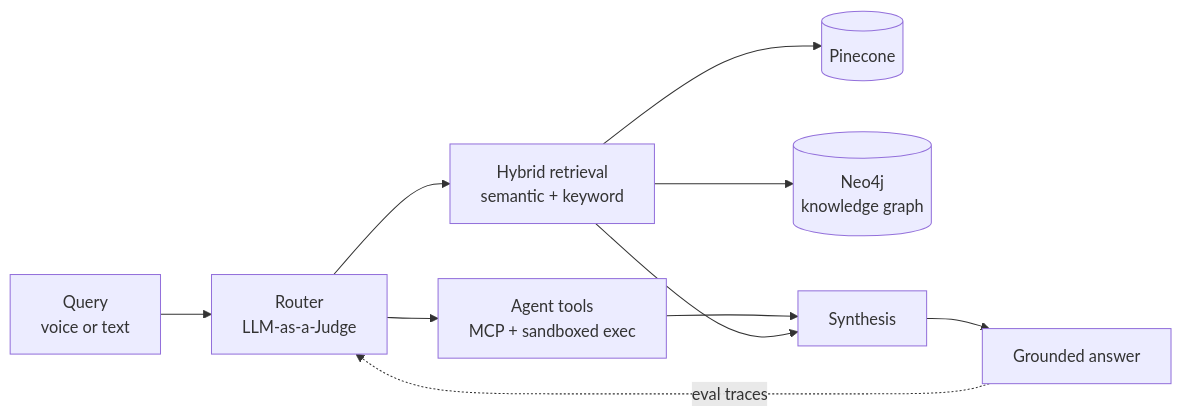
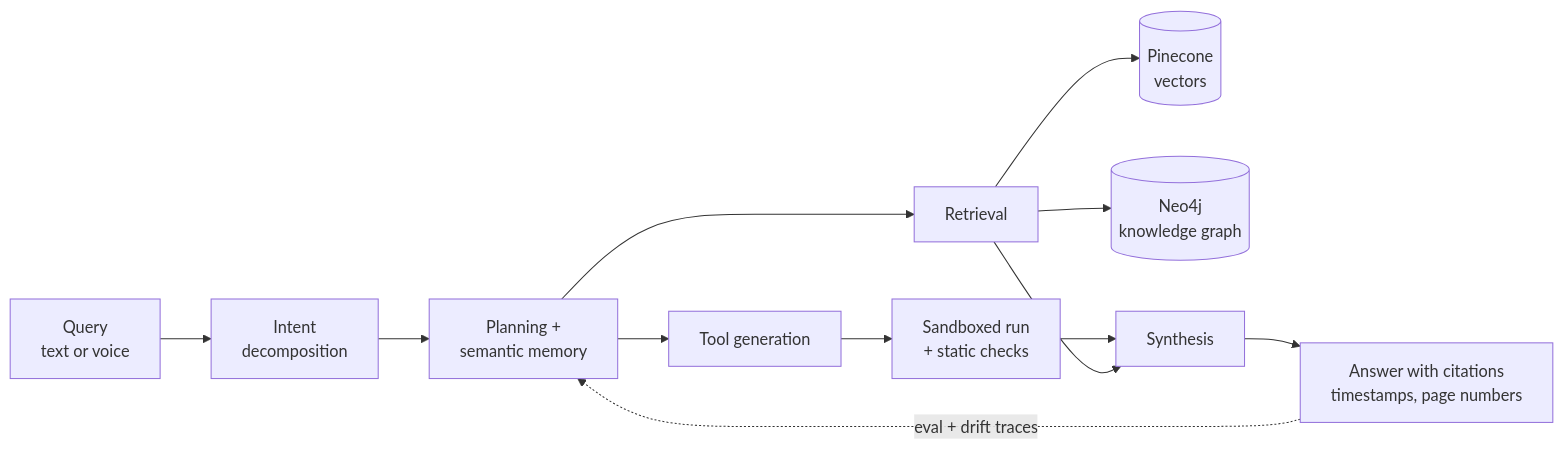
Before and after one commit to adlard07/adlard07: the diagram in README.md, drawn with Mermaid. The commit also changed other lines of this file, not shown here.

````diff
--- a/README.md
+++ b/README.md
@@ -47,12 +38,14 @@
 ```mermaid
 flowchart LR
-    Q[Query<br/>voice or text] --> R[Router<br/>LLM-as-a-Judge]
-    R --> T[Agent tools<br/>MCP + sandboxed exec]
-    R --> V[Hybrid retrieval<br/>semantic + keyword]
-    V --> P[(Pinecone)]
-    V --> N[(Neo4j<br/>knowledge graph)]
-    T --> S[Synthesis]
-    V --> S
-    S --> O[Grounded answer]
-    O -.eval traces.-> R
+    Q[Query<br/>text or voice] --> I[Intent<br/>decomposition]
+    I --> P[Planning +<br/>semantic memory]
+    P --> T[Tool generation]
+    T --> X[Sandboxed run<br/>+ static checks]
+    P --> R[Retrieval]
+    R --> PC[(Pinecone<br/>vectors)]
+    R --> N[(Neo4j<br/>knowledge graph)]
+    X --> S[Synthesis]
+    R --> S
+    S --> A[Answer with citations<br/>timestamps, page numbers]
+    A -.eval + drift traces.-> P
 ```
````
